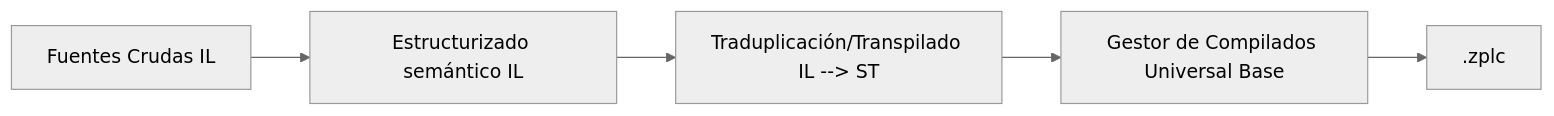
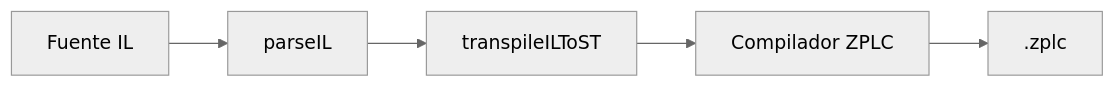
Before and after one commit to eduardojvieira/ZPLC: the diagram in docs/i18n/es/docusaurus-plugin-content-docs/current/languages/il.md, drawn with Mermaid (neutral theme). The commit also changed other lines of this file and 62 other files, not shown here.

````diff
--- a/docs/i18n/es/docusaurus-plugin-content-docs/current/languages/il.md
+++ b/docs/i18n/es/docusaurus-plugin-content-docs/current/languages/il.md
@@ -16,7 +13,7 @@
 ```mermaid
 flowchart LR
-  IL[Fuentes Crudas IL] --> Parse[Estructurizado semántico IL]
-  Parse --> ToST[Traduplicación/Transpilado IL --> ST]
-  ToST --> Compile[Gestor de Compilados Universal Base]
+  IL[Fuente IL] --> Parse[parseIL]
+  Parse --> ToST[transpileILToST]
+  ToST --> Compile[Compilador ZPLC]
   Compile --> ZPLC[.zplc]
 ```
````
